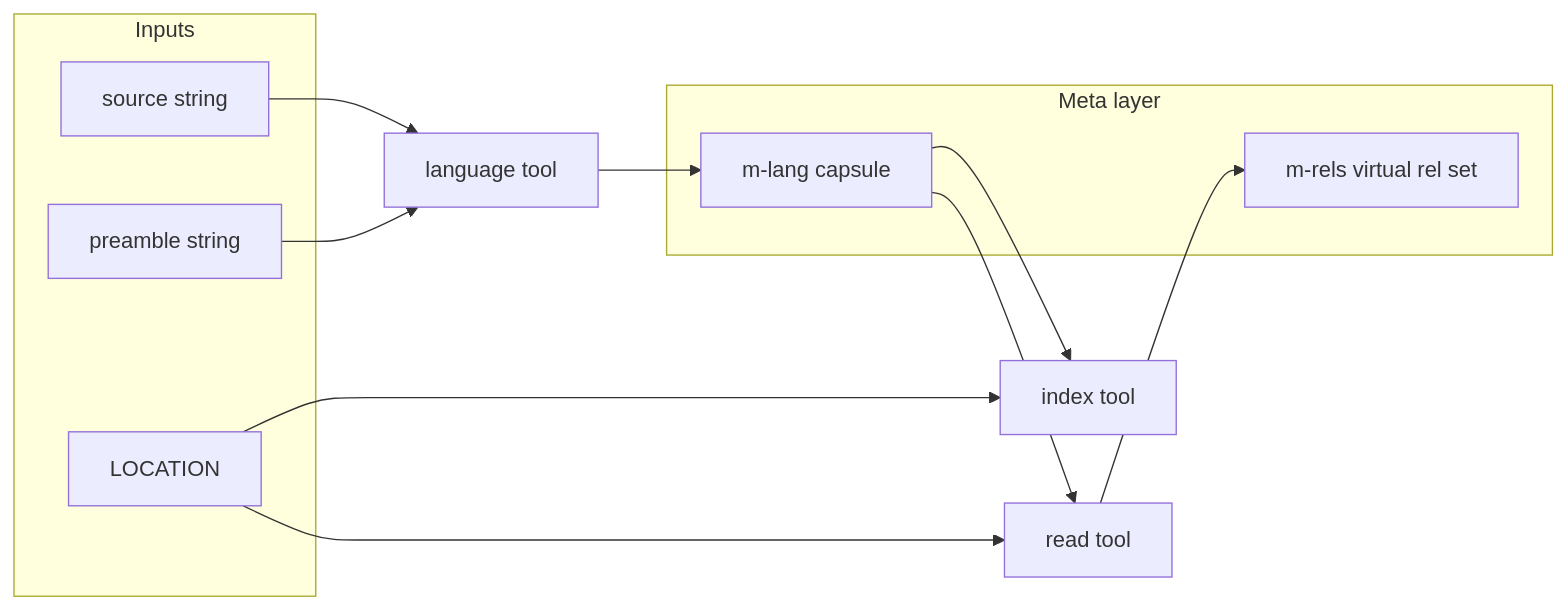
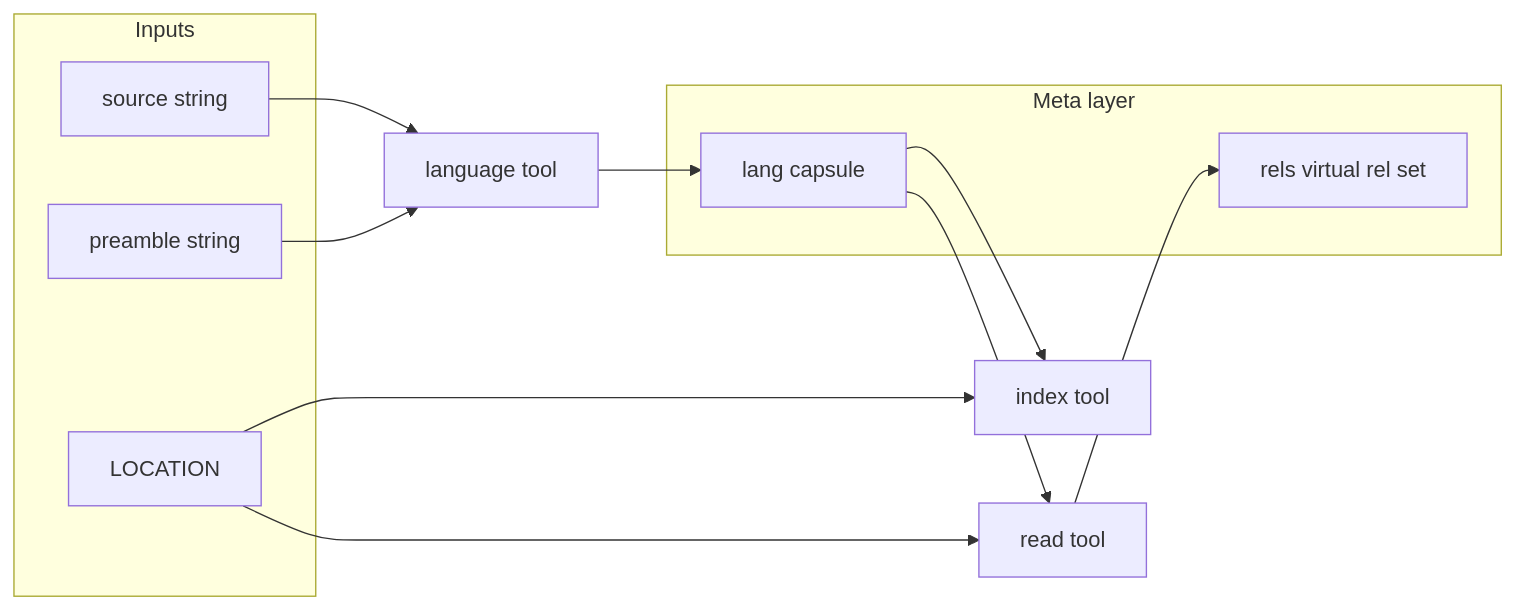
One commit to bahulneel/agent-brain-trust changed the diagram in docs/rpl/specification/meta-programming.md. Above: the diagram before and after it, drawn with Mermaid. The commit also changed other lines of this file and 6 other files, not shown here.

````diff
--- a/docs/rpl/specification/meta-programming.md
+++ b/docs/rpl/specification/meta-programming.md
@@ -269,20 +283,20 @@
 ```mermaid
 flowchart LR
   subgraph inputs [Inputs]
     SRC[source string]
     PRE[preamble string]
     LOC[LOCATION]
   end
   subgraph meta [Meta layer]
-    MLang[m-lang capsule]
-    MRels[m-rels virtual rel set]
+    MLang[lang capsule]
+    MRels[rels virtual rel set]
   end
   SRC --> LangTool[language tool]
   PRE --> LangTool
   LangTool --> MLang
   LOC --> ReadTool[read tool]
   MLang --> ReadTool
   ReadTool --> MRels
   LOC --> IndexTool[index tool]
   MLang --> IndexTool
 ```
````
